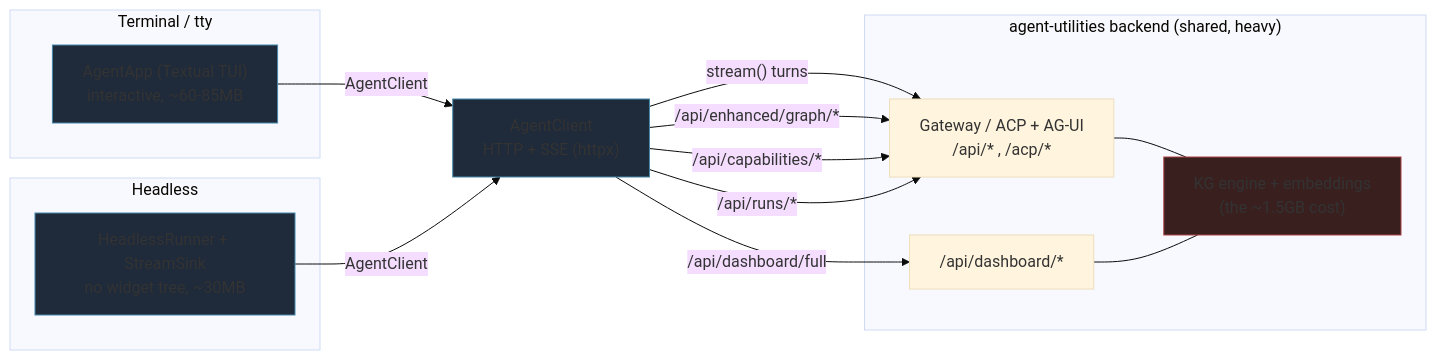
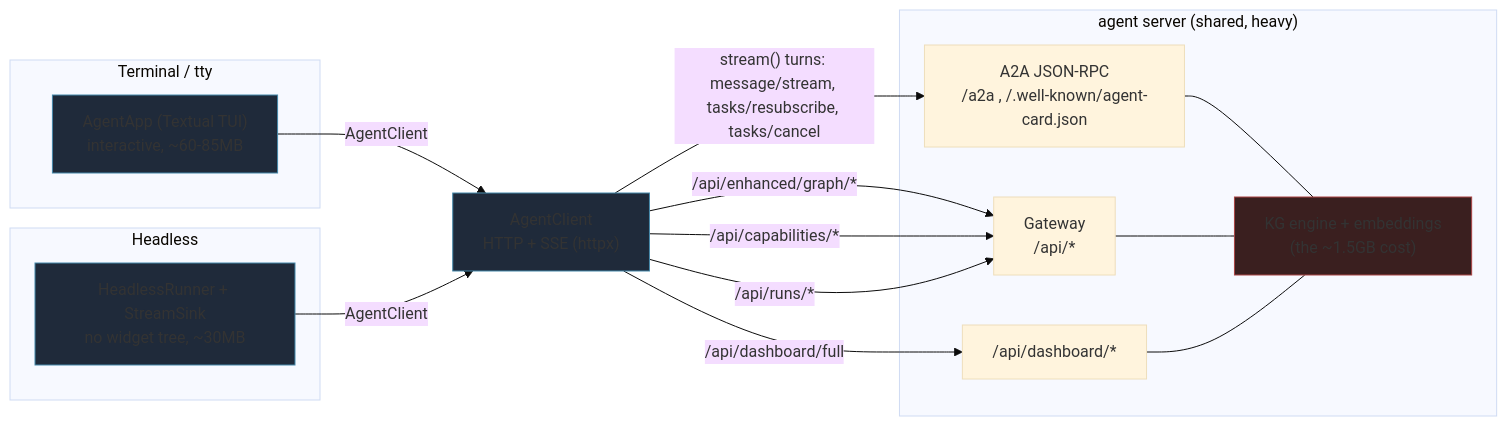
Before and after one commit to Knuckles-Team/agent-terminal-ui: the diagram in docs/architecture.md, drawn with Mermaid (base theme). The commit also changed other lines of this file and 12 other files, not shown here.

````diff
--- a/docs/architecture.md
+++ b/docs/architecture.md
@@ -11,32 +11,34 @@
 ```mermaid
 flowchart LR
     subgraph term["Terminal / tty"]
         UI["AgentApp (Textual TUI)<br/>interactive, ~60-85MB"]
     end
     subgraph head["Headless"]
         HL["HeadlessRunner + StreamSink<br/>no widget tree, ~30MB"]
     end
 
     UI -->|AgentClient| C
     HL -->|AgentClient| C
     C["AgentClient<br/>HTTP + SSE (httpx)"]
 
-    subgraph backend["agent-utilities backend (shared, heavy)"]
-        GW["Gateway / ACP + AG-UI<br/>/api/* , /acp/*"]
+    subgraph backend["agent server (shared, heavy)"]
+        A2A["A2A JSON-RPC<br/>/a2a , /.well-known/agent-card.json"]
+        GW["Gateway<br/>/api/*"]
         KG["KG engine + embeddings<br/>(the ~1.5GB cost)"]
         DASH["/api/dashboard/*"]
+        A2A --- KG
         GW --- KG
         DASH --- KG
     end
 
-    C -->|"stream() turns"| GW
+    C -->|"stream() turns: message/stream, tasks/resubscribe, tasks/cancel"| A2A
     C -->|"/api/dashboard/full"| DASH
     C -->|"/api/enhanced/graph/*"| GW
     C -->|"/api/capabilities/*"| GW
     C -->|"/api/runs/*"| GW
 
     classDef heavy fill:#3a1f1f,stroke:#a44;
     classDef light fill:#1f2a3a,stroke:#48a;
     class KG heavy;
     class UI,HL,C light;
 ```
````
